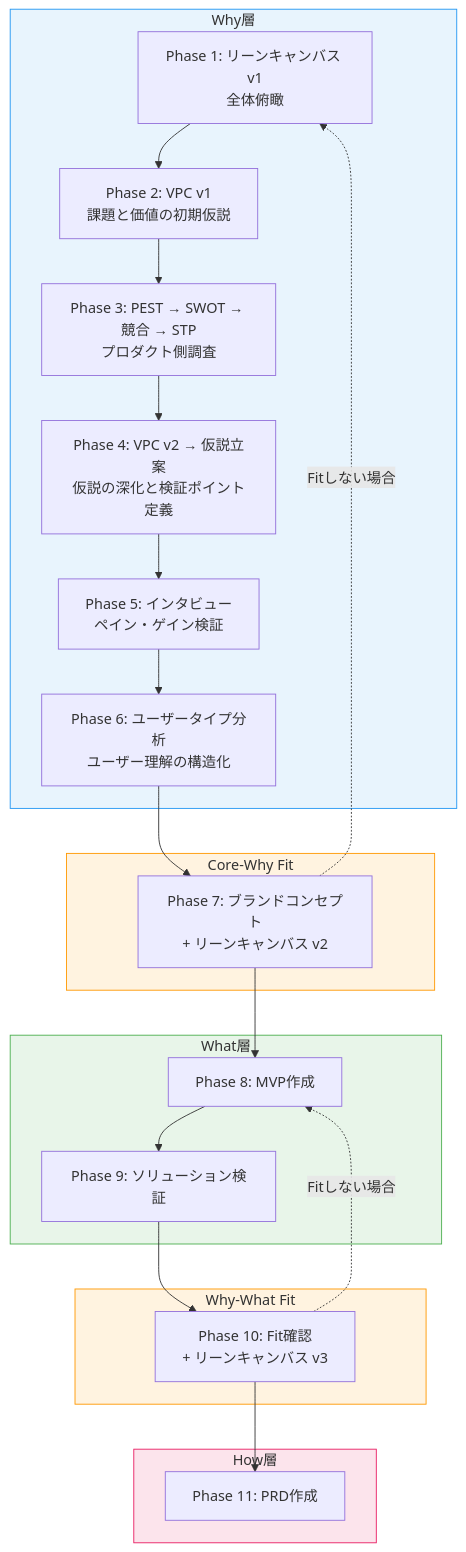
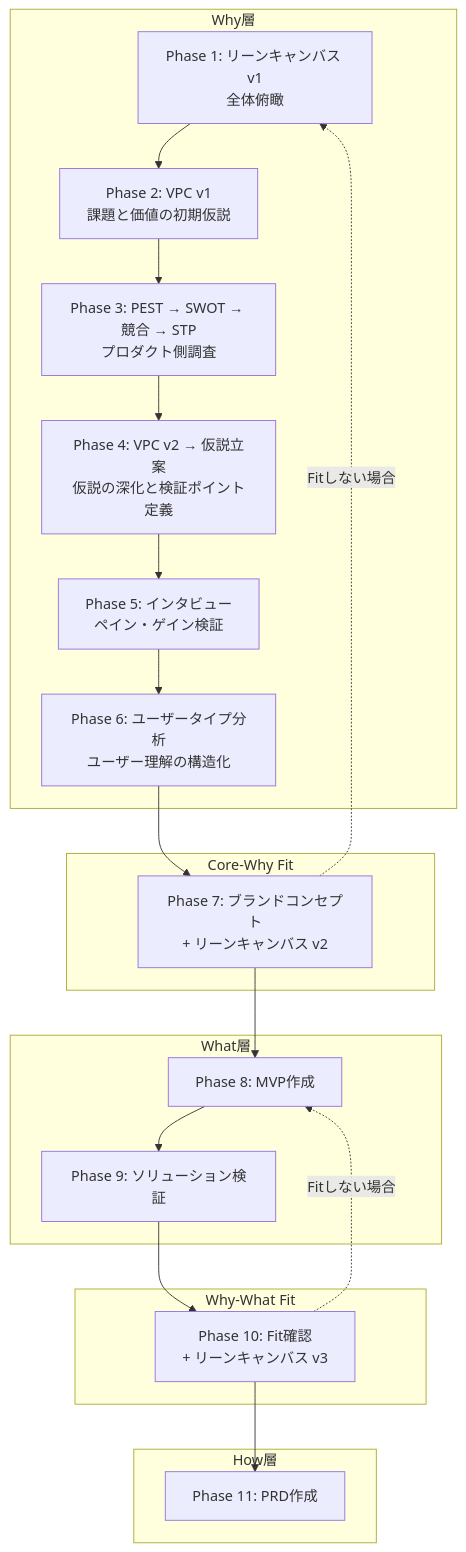
The diagram in discovery-workflow/README.md (CHIHI913/cc-plugins), drawn with Mermaid before and after one commit.

Commit message:
docs: remove color styling from mermaid flowchart

````diff
--- a/discovery-workflow/README.md
+++ b/discovery-workflow/README.md
@@ -11,44 +11,38 @@
 ```mermaid
 flowchart TD
     subgraph Why["Why層"]
         P1["Phase 1: リーンキャンバス v1\n全体俯瞰"]
         P2["Phase 2: VPC v1\n課題と価値の初期仮説"]
         P3["Phase 3: PEST → SWOT → 競合 → STP\nプロダクト側調査"]
         P4["Phase 4: VPC v2 → 仮説立案\n仮説の深化と検証ポイント定義"]
         P5["Phase 5: インタビュー\nペイン・ゲイン検証"]
         P6["Phase 6: ユーザータイプ分析\nユーザー理解の構造化"]
         P1 --> P2 --> P3 --> P4 --> P5 --> P6
     end
 
     subgraph CWF["Core-Why Fit"]
         P7["Phase 7: ブランドコンセプト\n+ リーンキャンバス v2"]
     end
 
     subgraph What["What層"]
         P8["Phase 8: MVP作成"]
         P9["Phase 9: ソリューション検証"]
         P8 --> P9
     end
 
     subgraph WWF["Why-What Fit"]
         P10["Phase 10: Fit確認\n+ リーンキャンバス v3"]
     end
 
     subgraph How["How層"]
         P11["Phase 11: PRD作成"]
     end
 
     P6 --> P7
     P7 --> P8
     P9 --> P10
     P10 --> P11
 
     P7 -. "Fitしない場合" .-> P1
     P10 -. "Fitしない場合" .-> P8
-
-    style Why fill:#e8f4fd,stroke:#2196F3
-    style CWF fill:#fff3e0,stroke:#FF9800
-    style What fill:#e8f5e9,stroke:#4CAF50
-    style WWF fill:#fff3e0,stroke:#FF9800
-    style How fill:#fce4ec,stroke:#E91E63
 ```
````
